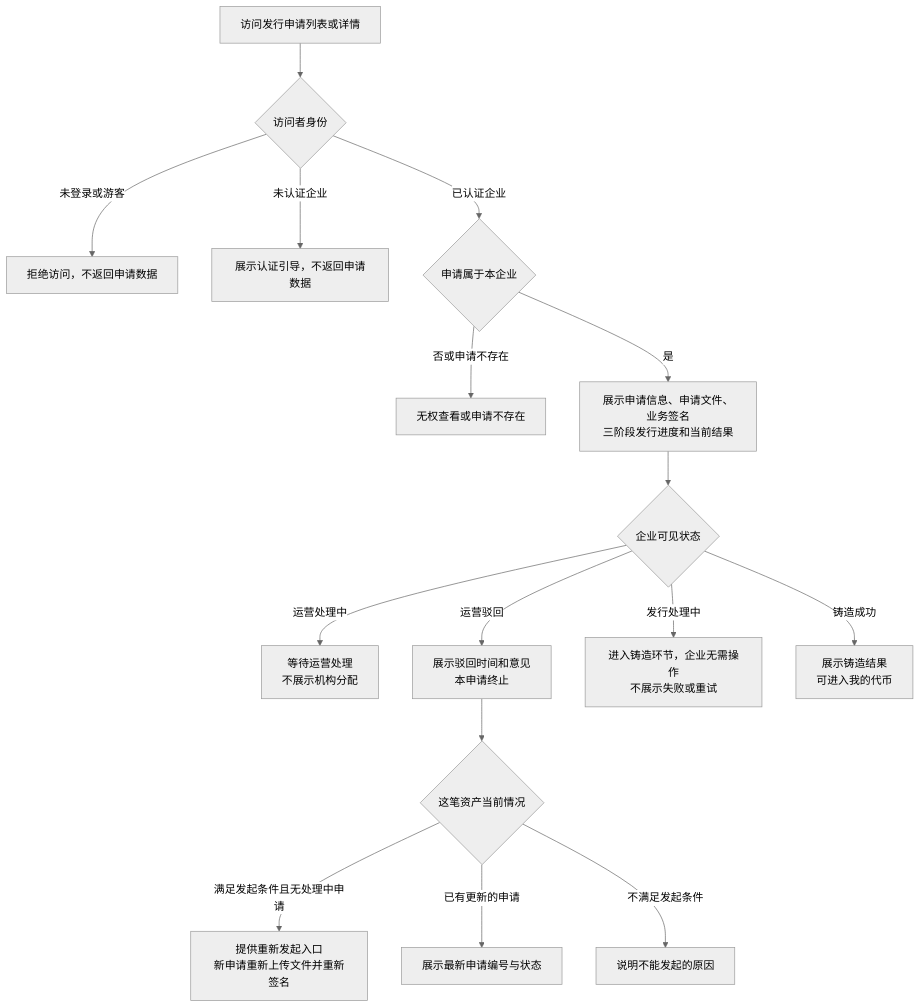
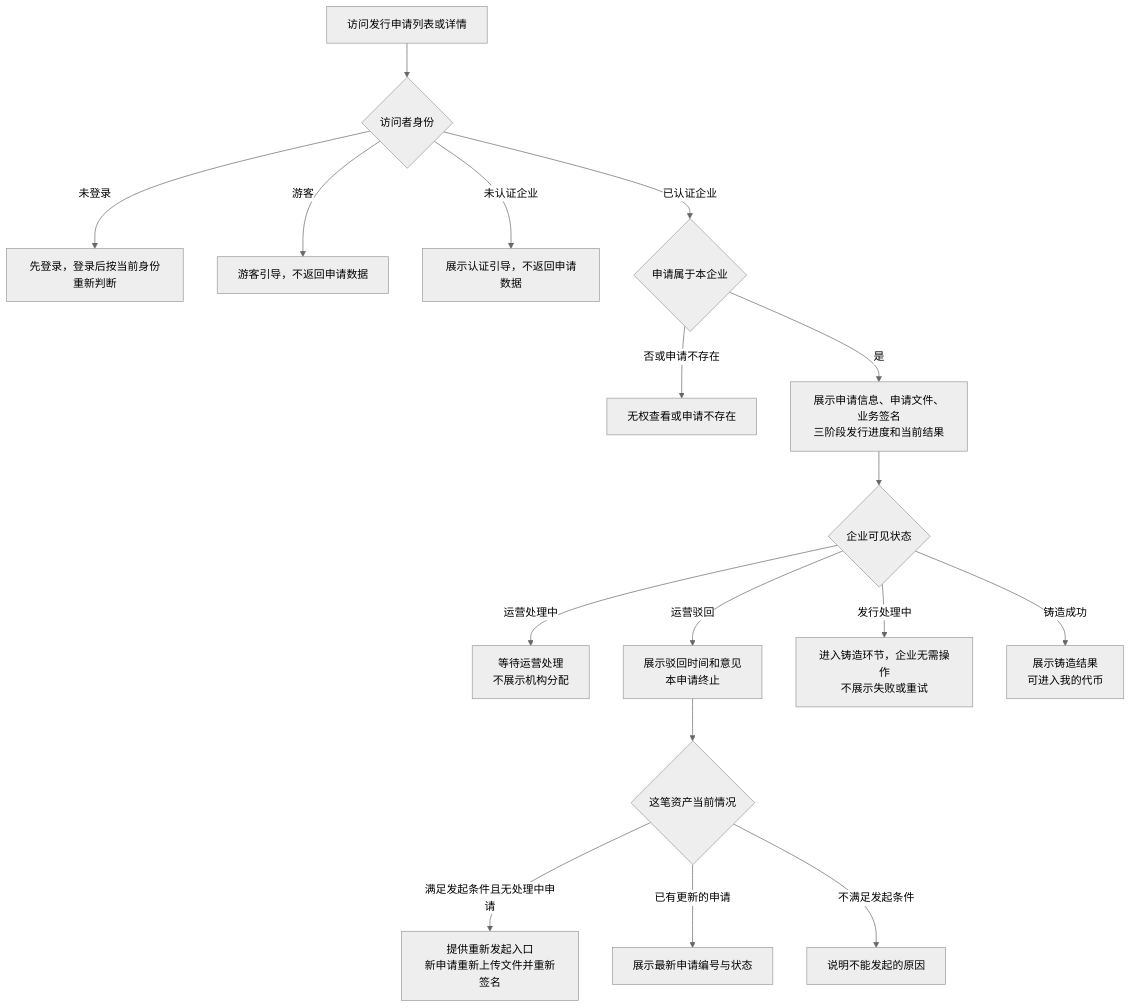
One commit to wxblockchain/Chain-Financing changed the third of 3 diagrams in token-issuance-platform/PRD/面客端/M3a-代币发行-企业申请/02-代币发行-企业申请-流程图与状态机.md. Above: the diagram before and after it, drawn with Mermaid (neutral theme). The commit also changed 2 other files, not shown here.

Commit message:
prd(WS-509): keep enterprise signature off-chain and drop on-chain details
- Signature records are stored only by the platform and not put on chain.
- Remove links to M3b on-chain fields and on-chain wording for unit value.
- Fix residual wording: not-logged-in access in figure 3, AC-M3A-40.

````diff
--- a/token-issuance-platform/PRD/面客端/M3a-代币发行-企业申请/02-代币发行-企业申请-流程图与状态机.md
+++ b/token-issuance-platform/PRD/面客端/M3a-代币发行-企业申请/02-代币发行-企业申请-流程图与状态机.md
@@ -70,18 +70,19 @@
 ```mermaid
 flowchart TD
     A[访问发行申请列表或详情] --> B{访问者身份}
-    B -->|未登录或游客| B1[拒绝访问，不返回申请数据]
+    B -->|未登录| B0[先登录，登录后按当前身份重新判断]
+    B -->|游客| B1[游客引导，不返回申请数据]
     B -->|未认证企业| B2[展示认证引导，不返回申请数据]
     B -->|已认证企业| C{申请属于本企业}
     C -->|否或申请不存在| C1[无权查看或申请不存在]
     C -->|是| D[展示申请信息、申请文件、业务签名<br/>三阶段发行进度和当前结果]
     D --> E{企业可见状态}
     E -->|运营处理中| E1[等待运营处理<br/>不展示机构分配]
     E -->|运营驳回| E2[展示驳回时间和意见<br/>本申请终止]
     E2 --> F{这笔资产当前情况}
     F -->|满足发起条件且无处理中申请| F1[提供重新发起入口<br/>新申请重新上传文件并重新签名]
     F -->|已有更新的申请| F2[展示最新申请编号与状态]
     F -->|不满足发起条件| F3[说明不能发起的原因]
     E -->|发行处理中| E3[进入铸造环节，企业无需操作<br/>不展示失败或重试]
     E -->|铸造成功| E4[展示铸造结果<br/>可进入我的代币]
 ```
````
